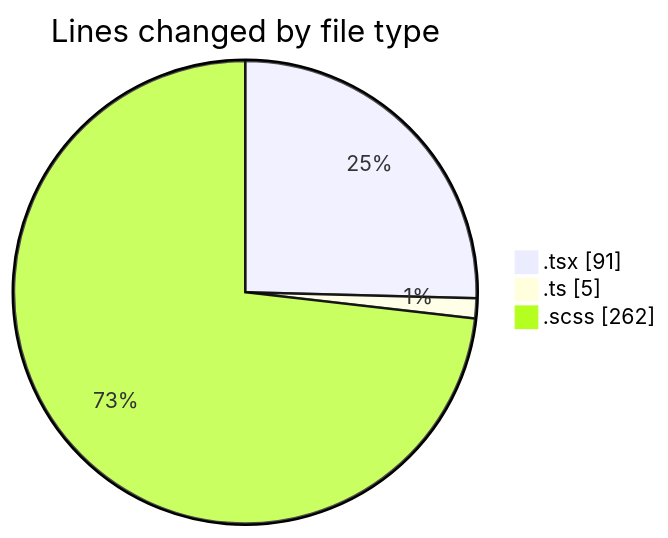
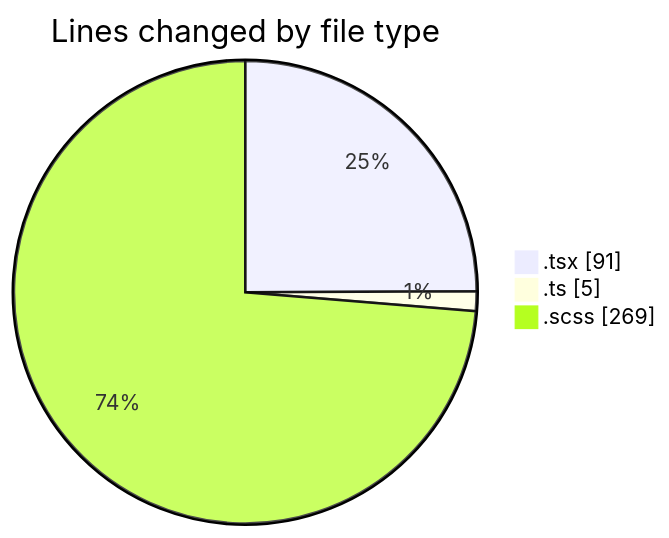
One commit to momahboobian/code-tracking changed the first of 2 diagrams in 2025-02-28/cda/README.md. Above: the diagram before and after it, drawn with Mermaid. The commit also changed other lines of this file and 1 other file, not shown here.

````diff
--- a/2025-02-28/cda/README.md
+++ b/2025-02-28/cda/README.md
@@ -25,7 +25,7 @@
 ```mermaid
 pie showData
 title Lines changed by file type
 ".tsx" : 91
 ".ts" : 5
-".scss" : 262
+".scss" : 269
 ```
````
